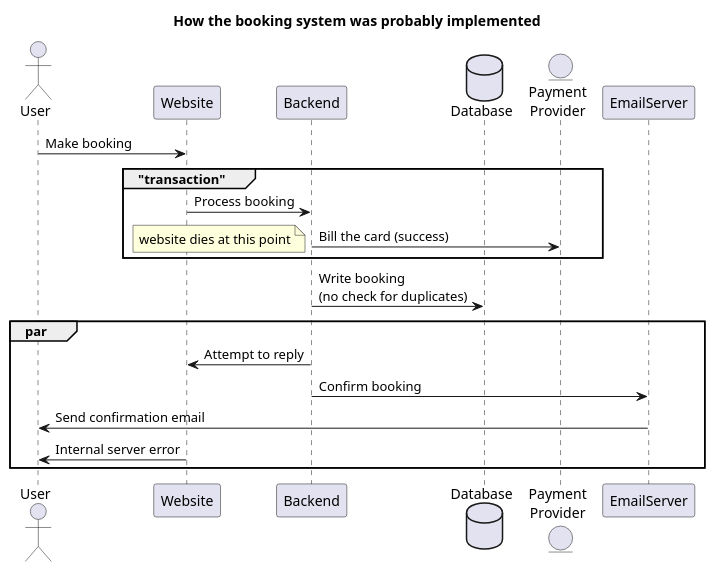
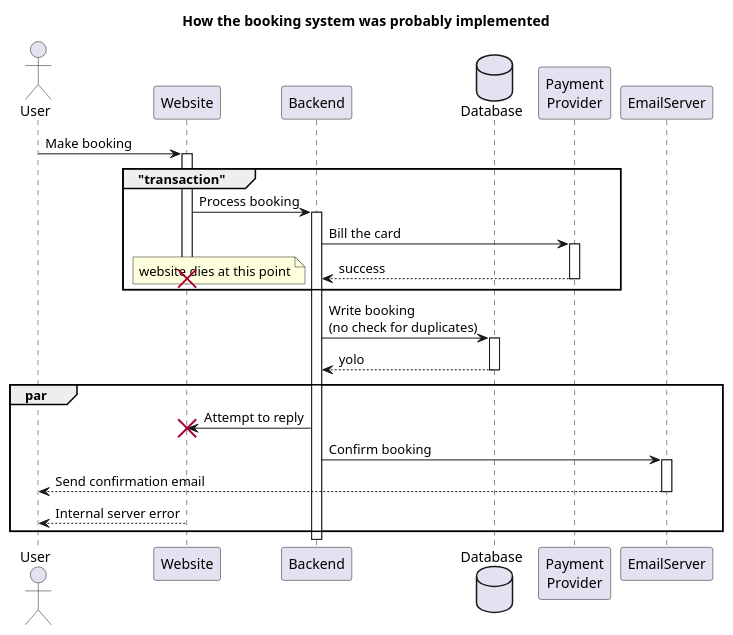
Before and after one commit to esl/bryan_cb_sf_2020_talk: the diagram in puml/how-booking-was-probably-implemented.puml, drawn with PlantUML. The commit also changed 4 other files, not shown here.

```diff
--- a/puml/how-booking-was-probably-implemented.puml
+++ b/puml/how-booking-was-probably-implemented.puml
@@ -1,22 +1,25 @@
 @startuml  overview
 
 title How the booking system was probably implemented
 actor User 
-
+autoactivate on
 User -> Website: Make booking 
 group "transaction"
 Website -> Backend: Process booking
 database Database
-entity "Payment\nProvider" as Provider 
-Backend -> Provider: Bill the card (success)
+participant "Payment\nProvider" as Provider 
+Backend -> Provider: Bill the card 
+return success
 note left: website dies at this point
+destroy Website
 end
 Backend -> Database: Write booking \n(no check for duplicates) 
+return yolo
 par 
-Backend -> Website: Attempt to reply
+Backend -> Website !! : Attempt to reply
 Backend -> EmailServer: Confirm booking
-EmailServer -> User: Send confirmation email 
-Website -> User: Internal server error
+EmailServer --> User: Send confirmation email 
+Website --> User: Internal server error
 end
 
 @enduml
```
